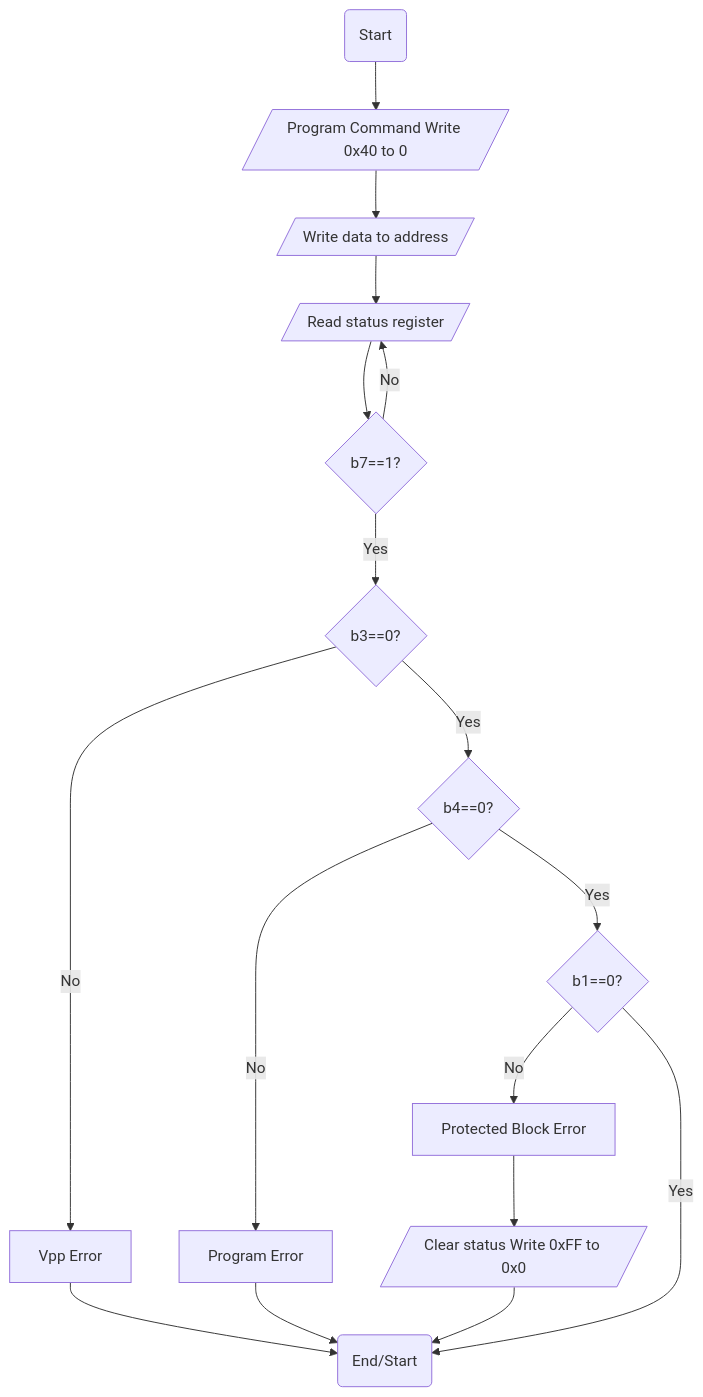
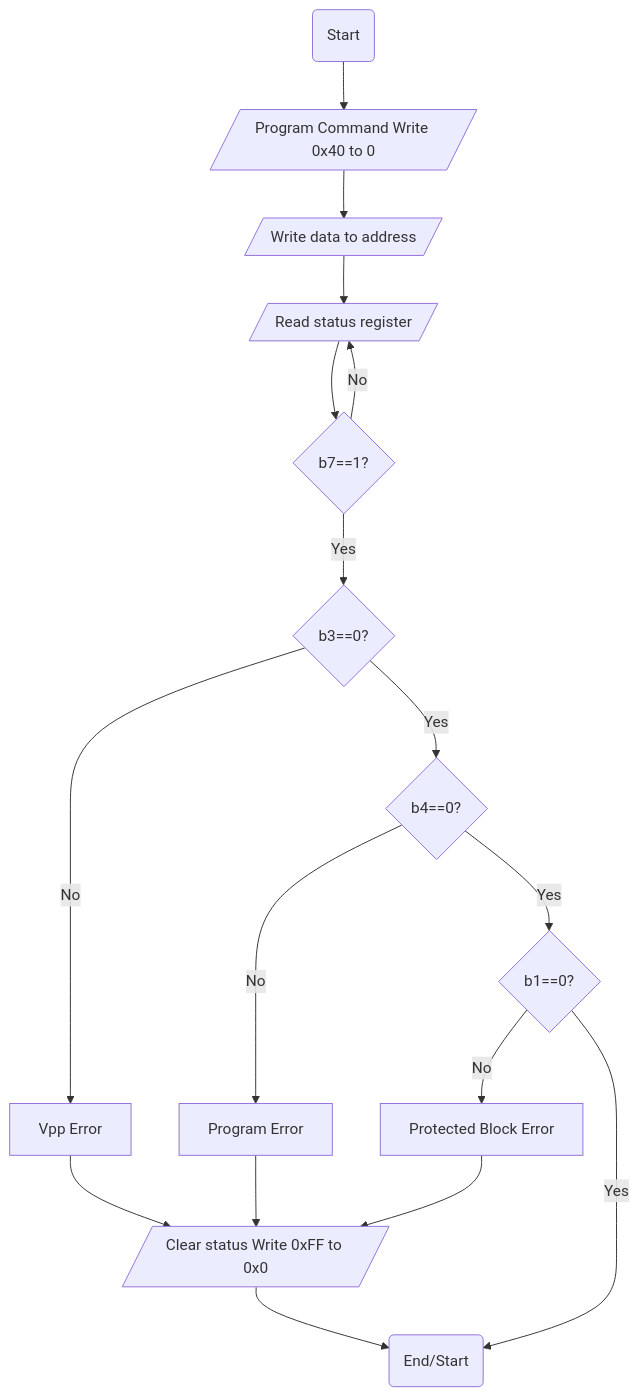
Before and after one commit to aungkhantmaw64/flash-driver: the diagram in README.md, drawn with Mermaid. The commit also changed other lines of this file, not shown here.

````diff
--- a/README.md
+++ b/README.md
@@ -7,35 +7,35 @@
 ```mermaid
 flowchart TD
     id1(Start)
     id2[/Program Command Write 0x40 to 0/]
     id3[/Write data to address/]
     id4[/Read status register/]
     id5{b7==1?}
     id6{b3==0?}
     id7{b4==0?}
     id8{b1==0?}
     id9(End/Start)
     id10[Vpp Error]
     id11[Program Error]
     id12[Protected Block Error]
     id13[/Clear status Write 0xFF to 0x0/]
 
     id1 --> id2
     id2 --> id3
     id3 --> id4
     id4 --> id5
     id5 --> |No| id4
     id5 --> |Yes| id6
     id6 --> |No| id10
     id6 --> |Yes| id7
     id7 --> |No| id11
     id7 --> |Yes| id8
     id8 --> |No| id12
     id8 --> |Yes| id9
+    id10 --> id13
+    id11 --> id13
     id12 --> id13
 
-    id10 --> id9
-    id11 --> id9
     id13 --> id9
 
 ```
````
